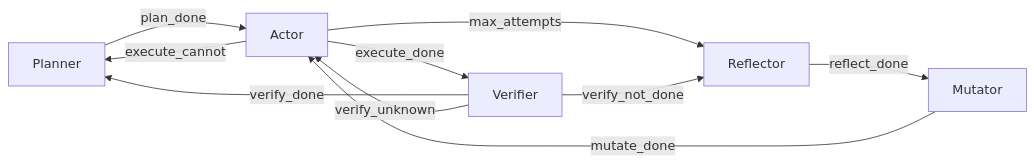
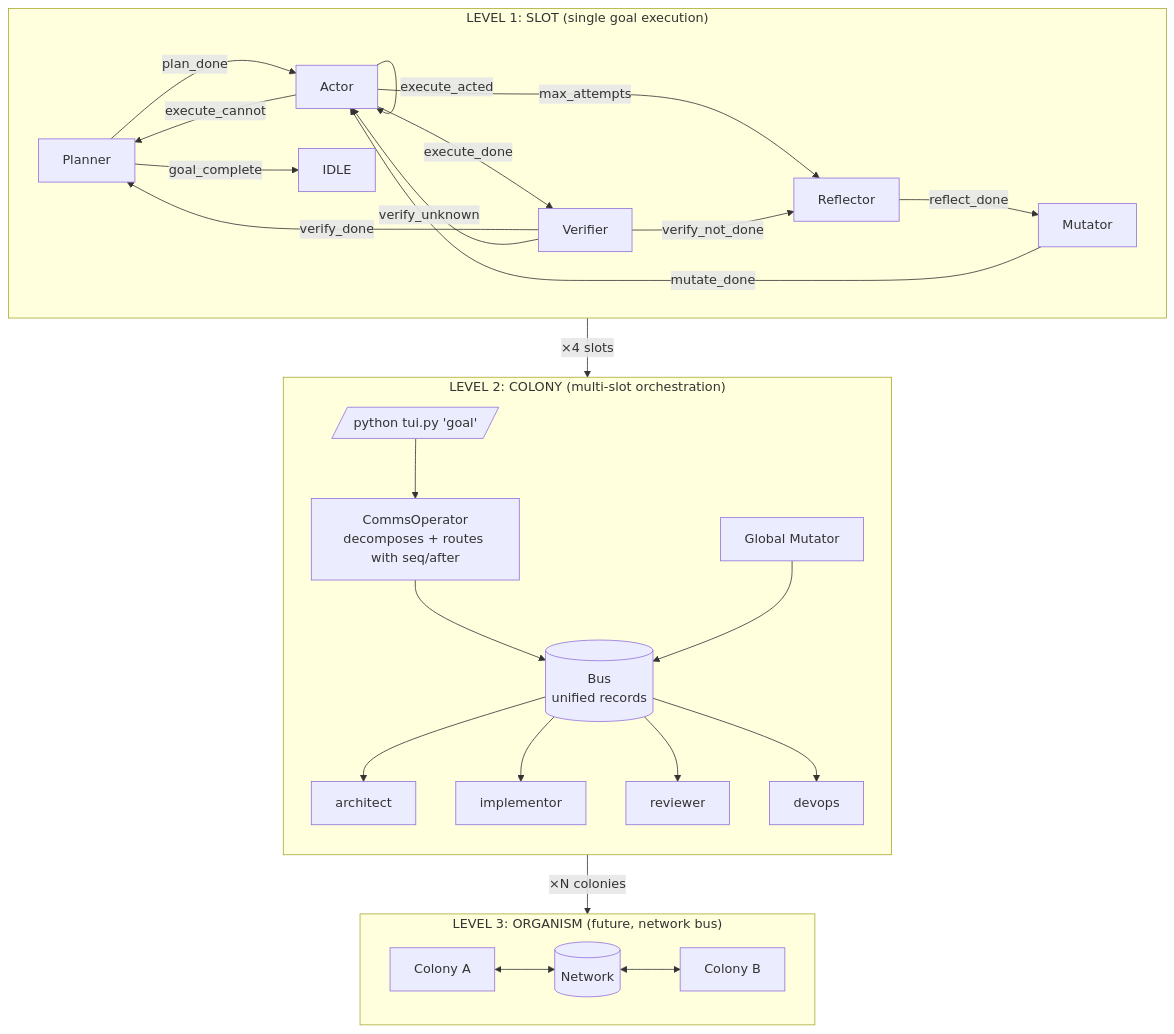
One commit to wgabrys88/endgame-ai changed the second of 4 diagrams in README.md. Above: the diagram before and after it, drawn with Mermaid. The commit also changed other lines of this file and 3 other files, not shown here.

First line of the commit message:
goal_complete lifecycle, delete .env, final README with proven execution

````diff
--- a/README.md
+++ b/README.md
@@ -180,12 +40,35 @@
 ```mermaid
-flowchart LR
-    P["Planner"] -->|"plan_done"| A["Actor"]
-    A -->|"execute_done"| V["Verifier"]
-    A -->|"execute_cannot"| P
-    A -->|"max_attempts"| R["Reflector"]
-    V -->|"verify_done"| P
-    V -->|"verify_not_done"| R
-    V -->|"verify_unknown"| A
-    R -->|"reflect_done"| M["Mutator"]
-    M -->|"mutate_done"| A
+flowchart TB
+    subgraph L1["LEVEL 1: SLOT (single goal execution)"]
+        direction LR
+        P1["Planner"] -->|"plan_done"| A1["Actor"]
+        A1 -->|"execute_done"| V1["Verifier"]
+        A1 -->|"execute_acted"| A1
+        A1 -->|"execute_cannot"| P1
+        A1 -->|"max_attempts"| RF["Reflector"]
+        V1 -->|"verify_done"| P1
+        V1 -->|"verify_not_done"| RF
+        V1 -->|"verify_unknown"| A1
+        RF -->|"reflect_done"| MU["Mutator"]
+        MU -->|"mutate_done"| A1
+        P1 -->|"goal_complete"| IDLE["IDLE"]
+    end
+
+    subgraph L2["LEVEL 2: COLONY (multi-slot orchestration)"]
+        direction TB
+        GOAL[/"python tui.py 'goal'"/] --> COMMS["CommsOperator<br/>decomposes + routes with seq/after"]
+        COMMS --> BUS[("Bus<br/>unified records")]
+        BUS --> S1["architect"]
+        BUS --> S2["implementor"]
+        BUS --> S3["reviewer"]
+        BUS --> S4["devops"]
+        GM["Global Mutator"] --> BUS
+    end
+
+    subgraph L3["LEVEL 3: ORGANISM (future, network bus)"]
+        C1["Colony A"] <--> NB[("Network")] <--> C2["Colony B"]
+    end
+
+    L1 -->|"×4 slots"| L2
+    L2 -->|"×N colonies"| L3
 ```
````
